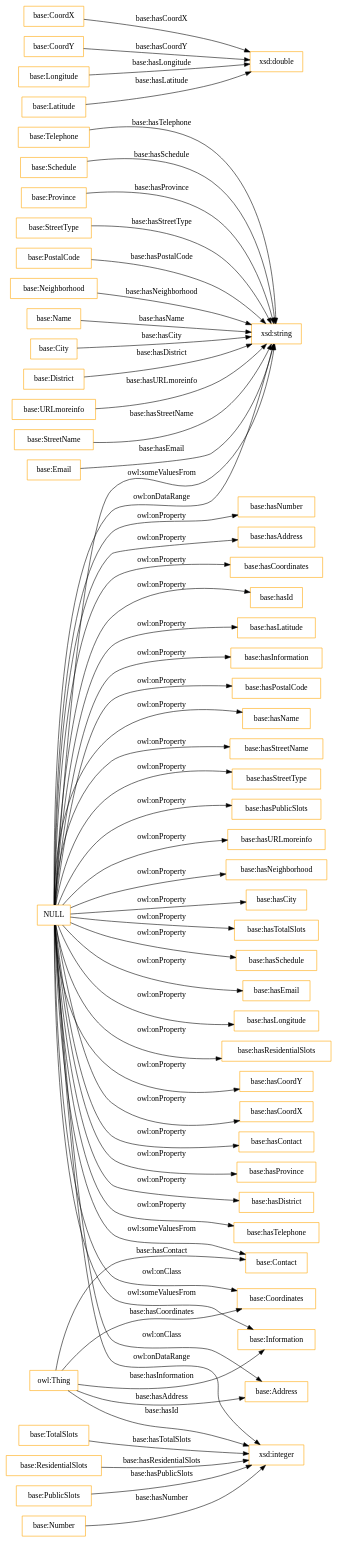
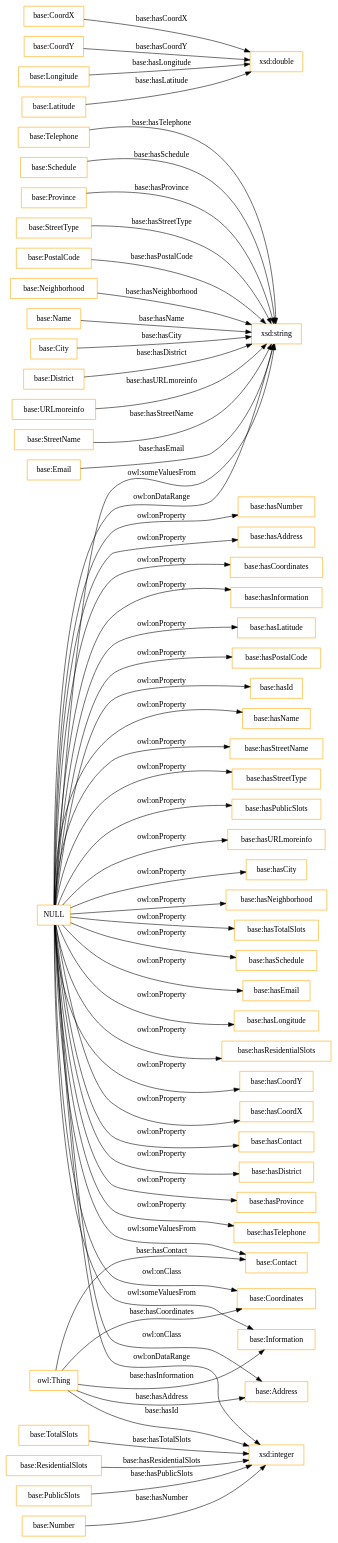
Before and after one commit to adrix1341/Curso2020-2021: the diagram in OnToology/HandsOn/Group02/ontology/ontology.ttl/diagrams/ar2dtool-class/ontology.ttl.png.dot, drawn with Graphviz. The commit also changed other lines of this file and 2 other files, not shown here.

```diff
--- a/OnToology/HandsOn/Group02/ontology/ontology.ttl/diagrams/ar2dtool-class/ontology.ttl.png.dot
+++ b/OnToology/HandsOn/Group02/ontology/ontology.ttl/diagrams/ar2dtool-class/ontology.ttl.png.dot
@@ -1,63 +1,63 @@
 digraph ar2dtool_diagram { 
 rankdir=LR;
 size="1501"
 node [shape = rectangle, color="orange"]; "base:Telephone" "base:Schedule" "base:Province" "base:StreetType" "base:CoordX" "base:PostalCode" "base:Contact" "base:Neighborhood" "base:Name" "base:City" "base:District" "base:CoordY" "base:TotalSlots" "base:URLmoreinfo" "base:Address" "base:ResidentialSlots" "base:StreetName" "base:PublicSlots" "base:Coordinates" "base:Email" "base:Number" "base:Longitude" "base:Information" "base:Latitude" ; /*classes style*/
 	"NULL" -> "base:hasResidentialSlots" [ label = "owl:onProperty" ];
 	"NULL" -> "base:hasCoordY" [ label = "owl:onProperty" ];
+	"NULL" -> "xsd:string" [ label = "owl:someValuesFrom" ];
 	"NULL" -> "base:hasCoordX" [ label = "owl:onProperty" ];
-	"NULL" -> "xsd:string" [ label = "owl:someValuesFrom" ];
 	"NULL" -> "base:hasContact" [ label = "owl:onProperty" ];
+	"NULL" -> "base:hasDistrict" [ label = "owl:onProperty" ];
+	"NULL" -> "xsd:integer" [ label = "owl:onDataRange" ];
 	"NULL" -> "base:hasProvince" [ label = "owl:onProperty" ];
-	"NULL" -> "xsd:integer" [ label = "owl:onDataRange" ];
-	"NULL" -> "base:hasDistrict" [ label = "owl:onProperty" ];
 	"NULL" -> "base:hasTelephone" [ label = "owl:onProperty" ];
 	"NULL" -> "base:Contact" [ label = "owl:someValuesFrom" ];
 	"NULL" -> "base:hasNumber" [ label = "owl:onProperty" ];
 	"NULL" -> "base:hasAddress" [ label = "owl:onProperty" ];
 	"NULL" -> "base:Coordinates" [ label = "owl:onClass" ];
 	"NULL" -> "base:hasCoordinates" [ label = "owl:onProperty" ];
+	"NULL" -> "base:hasInformation" [ label = "owl:onProperty" ];
+	"NULL" -> "base:hasLatitude" [ label = "owl:onProperty" ];
+	"NULL" -> "base:hasPostalCode" [ label = "owl:onProperty" ];
 	"NULL" -> "base:hasId" [ label = "owl:onProperty" ];
-	"NULL" -> "base:hasLatitude" [ label = "owl:onProperty" ];
-	"NULL" -> "base:hasInformation" [ label = "owl:onProperty" ];
-	"NULL" -> "base:hasPostalCode" [ label = "owl:onProperty" ];
 	"NULL" -> "base:hasName" [ label = "owl:onProperty" ];
 	"NULL" -> "base:hasStreetName" [ label = "owl:onProperty" ];
 	"NULL" -> "base:hasStreetType" [ label = "owl:onProperty" ];
 	"NULL" -> "base:hasPublicSlots" [ label = "owl:onProperty" ];
 	"NULL" -> "xsd:string" [ label = "owl:onDataRange" ];
 	"NULL" -> "base:hasURLmoreinfo" [ label = "owl:onProperty" ];
+	"NULL" -> "base:hasCity" [ label = "owl:onProperty" ];
 	"NULL" -> "base:hasNeighborhood" [ label = "owl:onProperty" ];
-	"NULL" -> "base:hasCity" [ label = "owl:onProperty" ];
 	"NULL" -> "base:hasTotalSlots" [ label = "owl:onProperty" ];
 	"NULL" -> "base:hasSchedule" [ label = "owl:onProperty" ];
 	"NULL" -> "base:hasEmail" [ label = "owl:onProperty" ];
 	"NULL" -> "base:Information" [ label = "owl:someValuesFrom" ];
 	"NULL" -> "base:Address" [ label = "owl:onClass" ];
 	"NULL" -> "base:hasLongitude" [ label = "owl:onProperty" ];
 	"owl:Thing" -> "base:Contact" [ label = "base:hasContact" ];
 	"base:TotalSlots" -> "xsd:integer" [ label = "base:hasTotalSlots" ];
 	"base:Name" -> "xsd:string" [ label = "base:hasName" ];
 	"base:Latitude" -> "xsd:double" [ label = "base:hasLatitude" ];
 	"base:Schedule" -> "xsd:string" [ label = "base:hasSchedule" ];
 	"base:Telephone" -> "xsd:string" [ label = "base:hasTelephone" ];
 	"owl:Thing" -> "xsd:integer" [ label = "base:hasId" ];
 	"base:ResidentialSlots" -> "xsd:integer" [ label = "base:hasResidentialSlots" ];
 	"base:StreetType" -> "xsd:string" [ label = "base:hasStreetType" ];
 	"base:Number" -> "xsd:integer" [ label = "base:hasNumber" ];
 	"base:City" -> "xsd:string" [ label = "base:hasCity" ];
 	"owl:Thing" -> "base:Information" [ label = "base:hasInformation" ];
 	"base:PublicSlots" -> "xsd:integer" [ label = "base:hasPublicSlots" ];
 	"base:StreetName" -> "xsd:string" [ label = "base:hasStreetName" ];
 	"owl:Thing" -> "base:Address" [ label = "base:hasAddress" ];
 	"base:Province" -> "xsd:string" [ label = "base:hasProvince" ];
 	"owl:Thing" -> "base:Coordinates" [ label = "base:hasCoordinates" ];
 	"base:Longitude" -> "xsd:double" [ label = "base:hasLongitude" ];
 	"base:CoordX" -> "xsd:double" [ label = "base:hasCoordX" ];
 	"base:CoordY" -> "xsd:double" [ label = "base:hasCoordY" ];
 	"base:District" -> "xsd:string" [ label = "base:hasDistrict" ];
 	"base:PostalCode" -> "xsd:string" [ label = "base:hasPostalCode" ];
 	"base:Email" -> "xsd:string" [ label = "base:hasEmail" ];
 	"base:Neighborhood" -> "xsd:string" [ label = "base:hasNeighborhood" ];
 	"base:URLmoreinfo" -> "xsd:string" [ label = "base:hasURLmoreinfo" ];
 
 }
```
